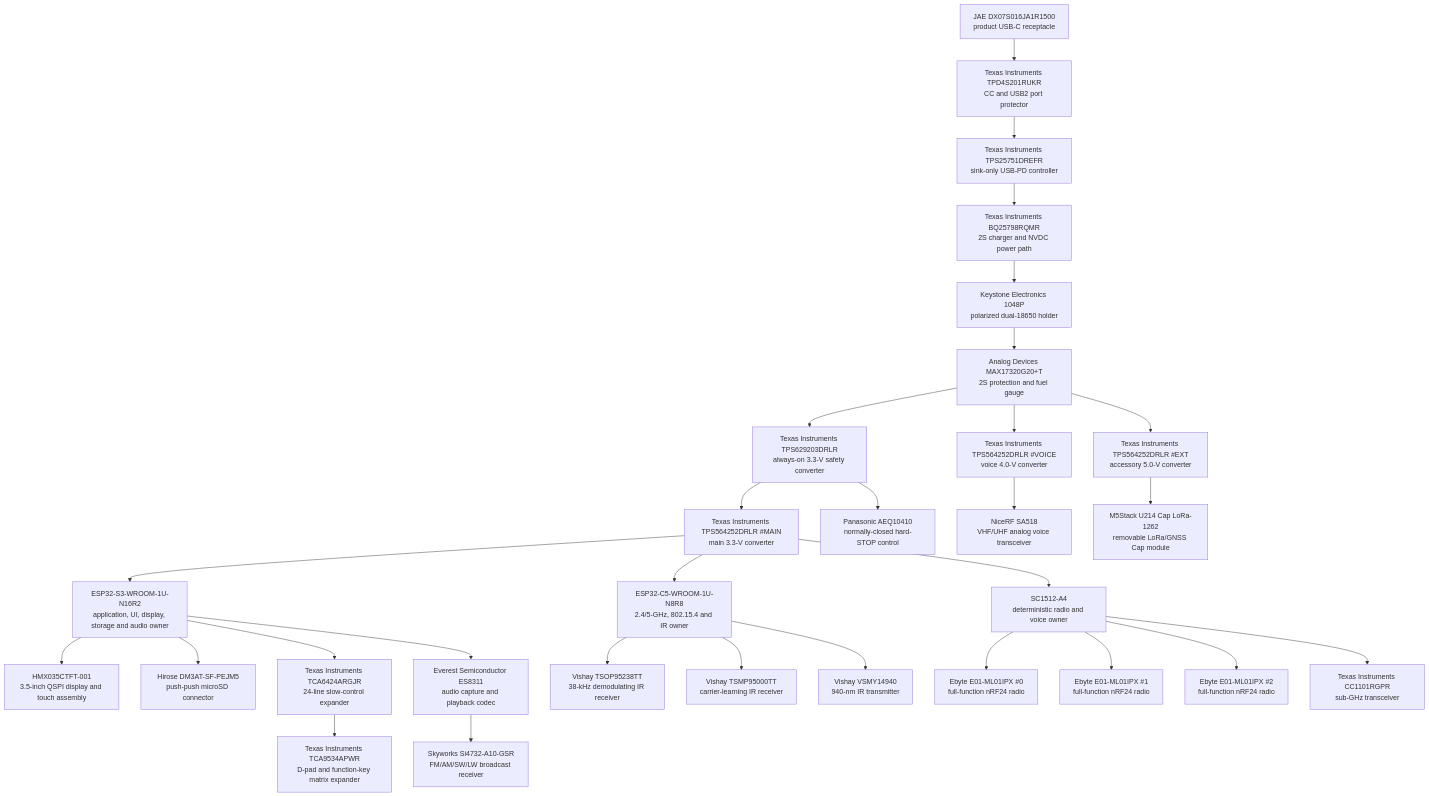
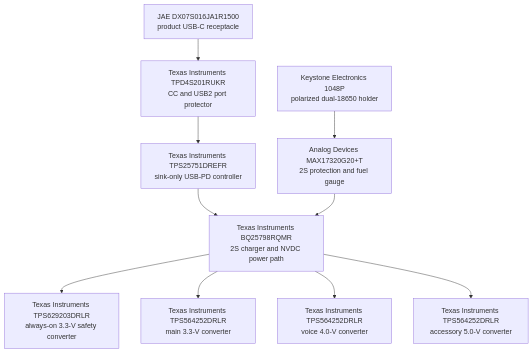
The fifth of 5 diagrams in README.md (anton-vinogradov/esp32-leshy2), drawn with Mermaid before and after one commit. The commit also changed other lines of this file and 12 other files, not shown here.

````diff
--- a/README.md
+++ b/README.md
@@ -188,56 +247,19 @@
 ```mermaid
 flowchart TD
-  USB["JAE DX07S016JA1R1500<br/>product USB-C receptacle"]
-  USBP["Texas Instruments TPD4S201RUKR<br/>CC and USB2 port protector"]
-  PD["Texas Instruments TPS25751DREFR<br/>sink-only USB-PD controller"]
-  CHG["Texas Instruments BQ25798RQMR<br/>2S charger and NVDC power path"]
-  HOLDER["Keystone Electronics 1048P<br/>polarized dual-18650 holder"]
-  GAUGE["Analog Devices MAX17320G20+T<br/>2S protection and fuel gauge"]
-  AON["Texas Instruments TPS629203DRLR<br/>always-on 3.3-V safety converter"]
-  MAIN["Texas Instruments TPS564252DRLR #MAIN<br/>main 3.3-V converter"]
-  VOICERAIL["Texas Instruments TPS564252DRLR #VOICE<br/>voice 4.0-V converter"]
-  EXTRAIL["Texas Instruments TPS564252DRLR #EXT<br/>accessory 5.0-V converter"]
-
-  S3["ESP32-S3-WROOM-1U-N16R2<br/>application, UI, display, storage and audio owner"]
-  C5["ESP32-C5-WROOM-1U-N8R8<br/>2.4/5-GHz, 802.15.4 and IR owner"]
-  RP["SC1512-A4<br/>deterministic radio and voice owner"]
-
-  DISP["HMX035CTFT-001<br/>3.5-inch QSPI display and touch assembly"]
-  SD["Hirose DM3AT-SF-PEJM5<br/>push-push microSD connector"]
-  SLOW["Texas Instruments TCA6424ARGJR<br/>24-line slow-control expander"]
-  UIIO["Texas Instruments TCA9534APWR<br/>D-pad and function-key matrix expander"]
-  CODEC["Everest Semiconductor ES8311<br/>audio capture and playback codec"]
-  RX["Skyworks Si4732-A10-GSR<br/>FM/AM/SW/LW broadcast receiver"]
-
-  NRF0["Ebyte E01-ML01IPX #0<br/>full-function nRF24 radio"]
-  NRF1["Ebyte E01-ML01IPX #1<br/>full-function nRF24 radio"]
-  NRF2["Ebyte E01-ML01IPX #2<br/>full-function nRF24 radio"]
-  CC["Texas Instruments CC1101RGPR<br/>sub-GHz transceiver"]
-  VOICE["NiceRF SA518<br/>VHF/UHF analog voice transceiver"]
-  IR38["Vishay TSOP95238TT<br/>38-kHz demodulating IR receiver"]
-  IRRAW["Vishay TSMP95000TT<br/>carrier-learning IR receiver"]
-  IRTX["Vishay VSMY14940<br/>940-nm IR transmitter"]
-  U214["M5Stack U214 Cap LoRa-1262<br/>removable LoRa/GNSS Cap module"]
-  STOP["Panasonic AEQ10410<br/>normally-closed hard-STOP control"]
-
-  USB --> USBP --> PD --> CHG --> HOLDER --> GAUGE --> AON --> MAIN
-  GAUGE --> VOICERAIL
-  GAUGE --> EXTRAIL
-  MAIN --> S3
-  MAIN --> C5
-  MAIN --> RP
-  AON --> STOP
-  S3 --> DISP
-  S3 --> SD
-  S3 --> SLOW --> UIIO
-  S3 --> CODEC --> RX
-  RP --> NRF0
-  RP --> NRF1
-  RP --> NRF2
-  RP --> CC
-  VOICERAIL --> VOICE
-  C5 --> IR38
-  C5 --> IRRAW
-  C5 --> IRTX
-  EXTRAIL --> U214
+PRODUCT_USB_CONNECTOR["JAE DX07S016JA1R1500<br/>product USB-C receptacle"]
+PRODUCT_USB_PROTECTOR["Texas Instruments TPD4S201RUKR<br/>CC and USB2 port protector"]
+PD_CONTROLLER["Texas Instruments TPS25751DREFR<br/>sink-only USB-PD controller"]
+NVDC_CHARGER["Texas Instruments BQ25798RQMR<br/>2S charger and NVDC power path"]
+PACK_HOLDER["Keystone Electronics 1048P<br/>polarized dual-18650 holder"]
+PACK_GAUGE["Analog Devices MAX17320G20+T<br/>2S protection and fuel gauge"]
+AON_BUCK["Texas Instruments TPS629203DRLR<br/>always-on 3.3-V safety converter"]
+MAIN_BUCK["Texas Instruments TPS564252DRLR<br/>main 3.3-V converter"]
+VOICE_BUCK["Texas Instruments TPS564252DRLR<br/>voice 4.0-V converter"]
+EXT_BUCK["Texas Instruments TPS564252DRLR<br/>accessory 5.0-V converter"]
+  PRODUCT_USB_CONNECTOR --> PRODUCT_USB_PROTECTOR --> PD_CONTROLLER --> NVDC_CHARGER
+  PACK_HOLDER --> PACK_GAUGE --> NVDC_CHARGER
+  NVDC_CHARGER --> AON_BUCK
+  NVDC_CHARGER --> MAIN_BUCK
+  NVDC_CHARGER --> VOICE_BUCK
+  NVDC_CHARGER --> EXT_BUCK
 ```
````
